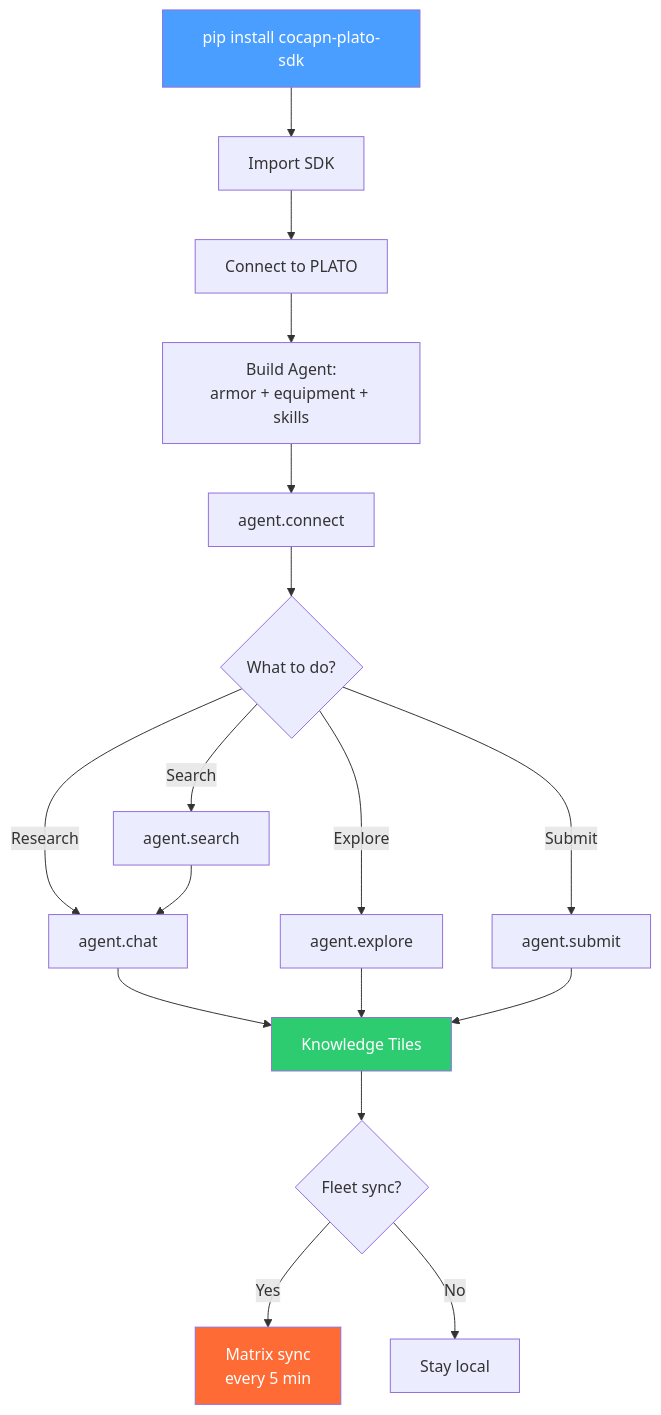
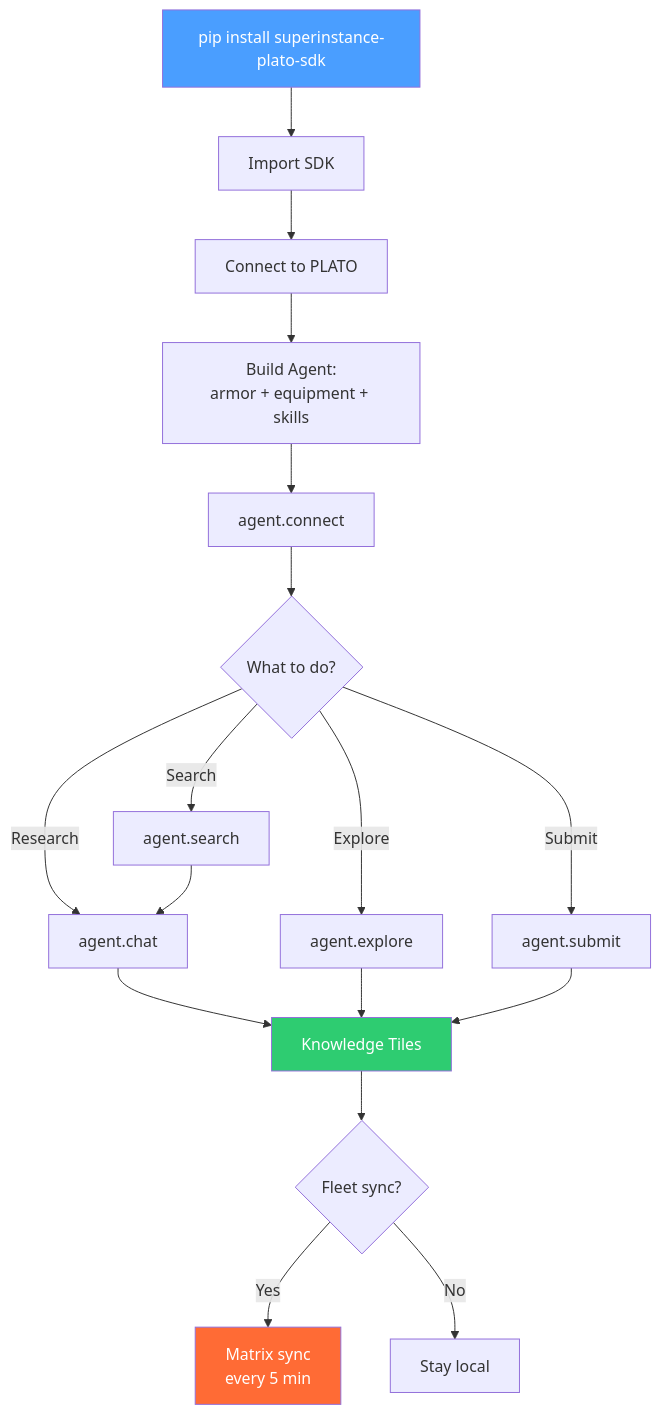
One commit to SuperInstance/plato-sdk changed the second of 4 diagrams in README.md. Above: the diagram before and after it, drawn with Mermaid. The commit also changed other lines of this file, not shown here.

Commit message:
docs: fix package name in install instructions (cocapn-plato-sdk → superinstance-plato-sdk)

````diff
--- a/README.md
+++ b/README.md
@@ -119,26 +119,26 @@
 ```mermaid
 graph TD
-    START[pip install cocapn-plato-sdk] --> IMPORT[Import SDK]
+    START[pip install superinstance-plato-sdk] --> IMPORT[Import SDK]
     IMPORT --> CLIENT[Connect to PLATO]
     CLIENT --> BUILD[Build Agent:<br/>armor + equipment + skills]
     BUILD --> CONNECT[agent.connect]
     CONNECT --> RUN{What to do?}
 
     RUN -->|Research| CHAT[agent.chat]
     RUN -->|Explore| EXPLORE[agent.explore]
     RUN -->|Search| SEARCH[agent.search]
     RUN -->|Submit| SUBMIT[agent.submit]
 
     CHAT --> TILES[Knowledge Tiles]
     EXPLORE --> TILES
     SEARCH --> CHAT
     SUBMIT --> TILES
 
     TILES --> FLEET{Fleet sync?}
     FLEET -->|Yes| SYNC[Matrix sync<br/>every 5 min]
     FLEET -->|No| LOCAL[Stay local]
 
     style START fill:#4a9eff,color:#fff
     style TILES fill:#2ecc71,color:#fff
     style SYNC fill:#ff6b35,color:#fff
 ```
````
